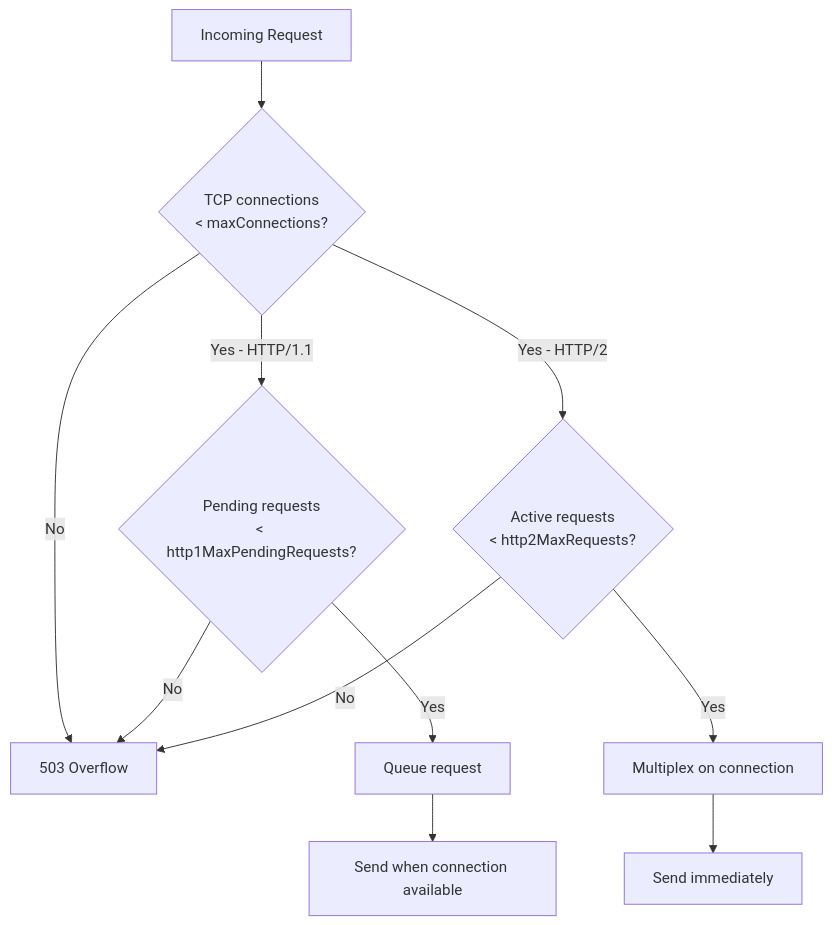
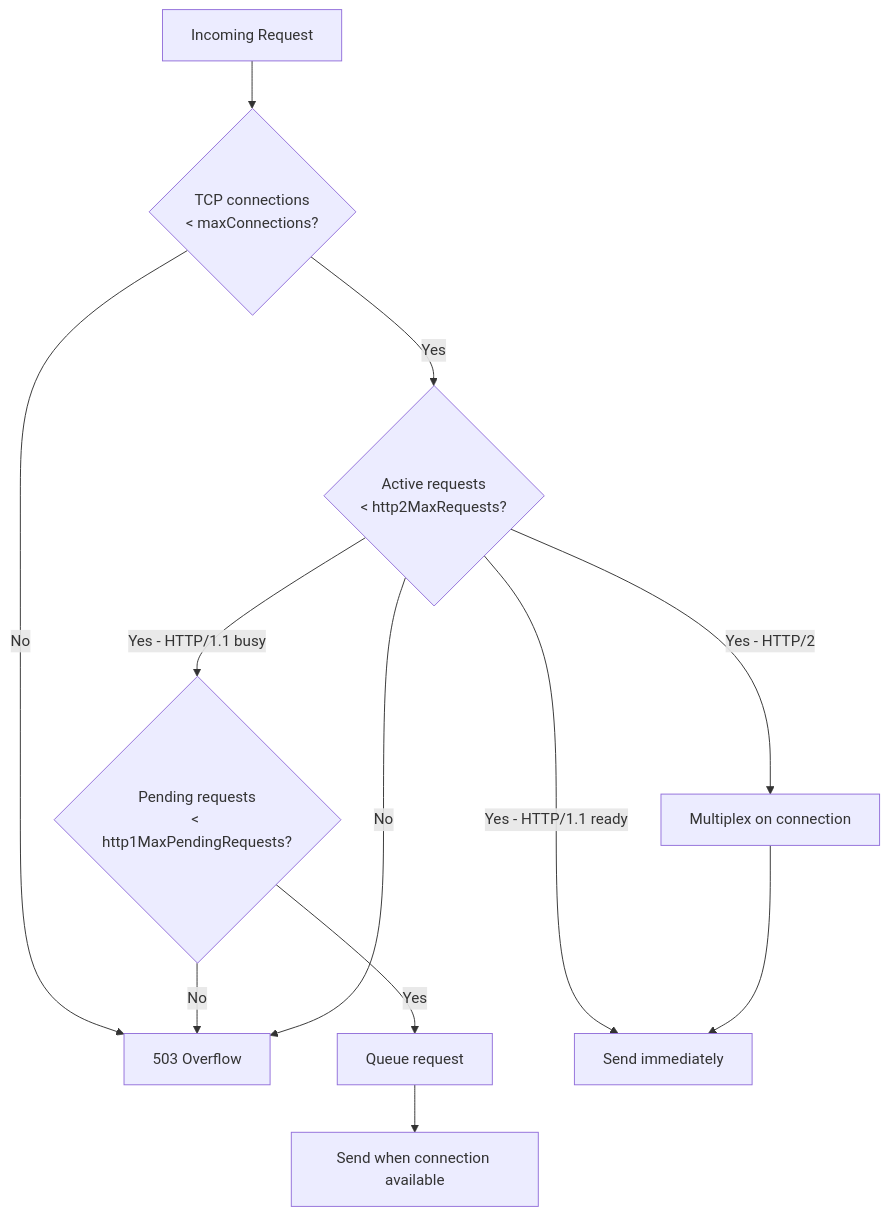
Before and after one commit to OneUptime/blog: the diagram in posts/2026-02-24-how-to-set-maximum-concurrent-connections-in-istio/README.md, drawn with Mermaid. The commit also changed other lines of this file and 2 other files, not shown here.

````diff
--- a/posts/2026-02-24-how-to-set-maximum-concurrent-connections-in-istio/README.md
+++ b/posts/2026-02-24-how-to-set-maximum-concurrent-connections-in-istio/README.md
@@ -80,13 +80,14 @@
 ```mermaid
 flowchart TD
     A[Incoming Request] --> B{TCP connections\n< maxConnections?}
     B -->|No| C[503 Overflow]
-    B -->|Yes - HTTP/1.1| D{Pending requests\n< http1MaxPendingRequests?}
-    B -->|Yes - HTTP/2| E{Active requests\n< http2MaxRequests?}
+    B -->|Yes| E{Active requests\n< http2MaxRequests?}
+    E -->|Yes - HTTP/1.1 busy| D{Pending requests\n< http1MaxPendingRequests?}
     D -->|No| C
     D -->|Yes| F[Queue request]
     E -->|No| C
-    E -->|Yes| G[Multiplex on connection]
+    E -->|Yes - HTTP/2| G[Multiplex on connection]
+    E -->|Yes - HTTP/1.1 ready| I[Send immediately]
     F --> H[Send when connection available]
     G --> I[Send immediately]
 ```
````
